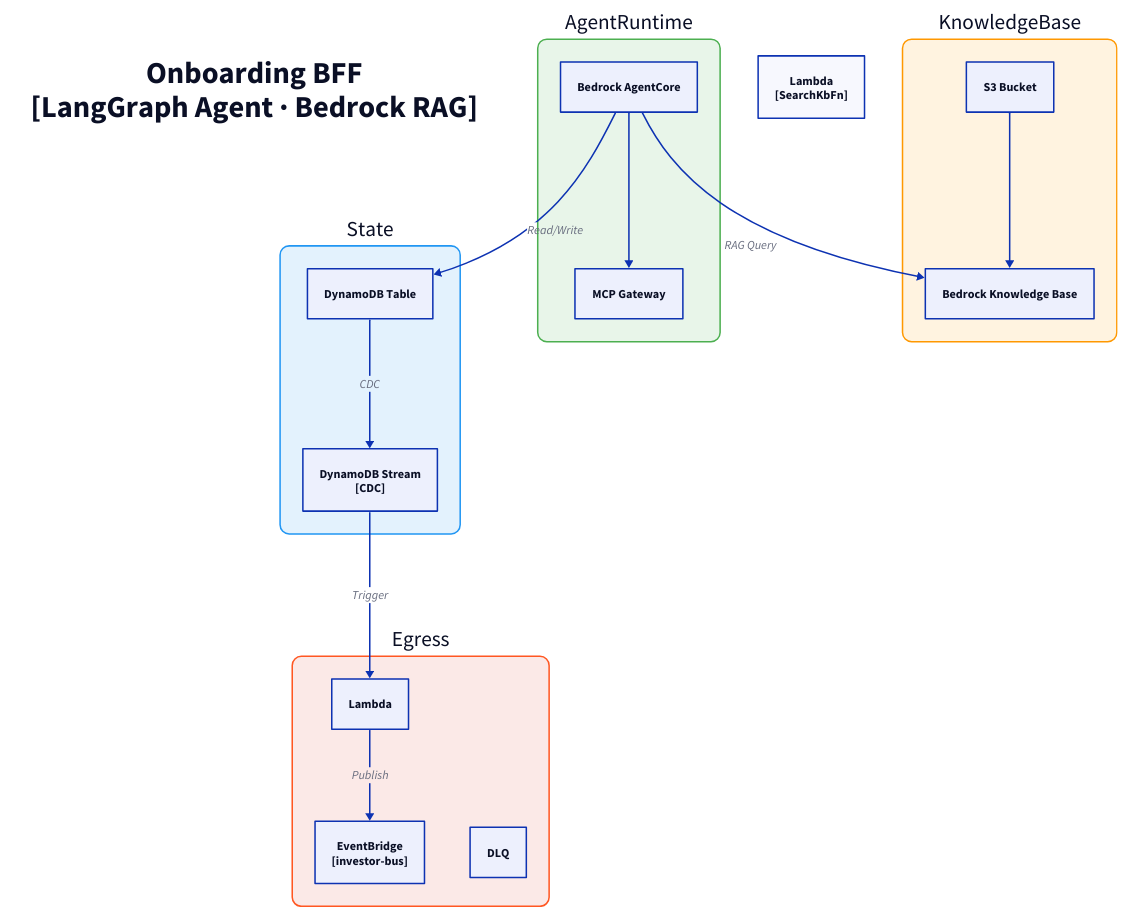
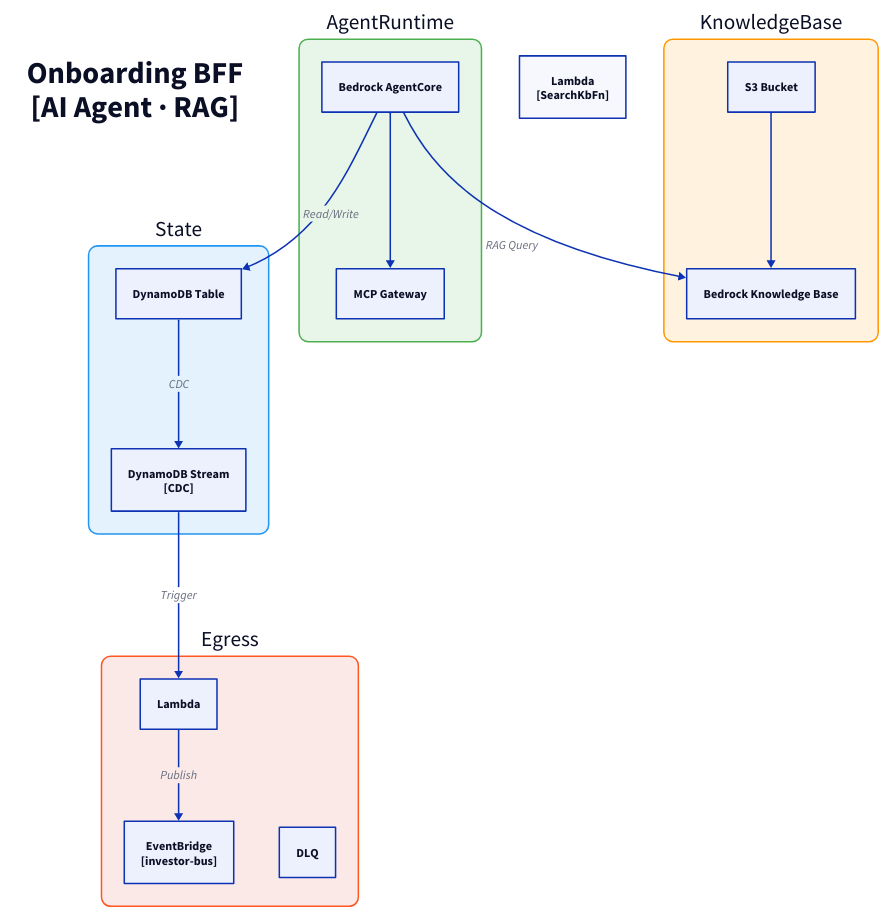
The diagram in docs/architecture/c3/onboarding-bff.d2 (fabio-vitali/nestfolio), drawn with D2 before and after one commit. The commit also changed 32 other files, not shown here.

Commit message:
fix: c4 diagram fixes

```diff
--- a/docs/architecture/c3/onboarding-bff.d2
+++ b/docs/architecture/c3/onboarding-bff.d2
@@ -1,42 +1,42 @@
 direction: down
 
-title: "Onboarding BFF\n[LangGraph Agent · Bedrock RAG]" {
+title: "Onboarding BFF\n[AI Agent · RAG]" {
   style: { font-size: 40; bold: true; fill: transparent; stroke: transparent }
 }
 
 state: "State" {
   style: { fill: "#E3F2FD"; stroke: "#2196F3"; border-radius: 12; font-size: 28 }
   table: "DynamoDB Table" { class: aws-dynamodb }
   stream: "DynamoDB Stream\n[CDC]" { class: aws-ddb-stream }
   table -> stream: CDC
 }
 
 egress: "Egress" {
   style: { fill: "#FBE9E7"; stroke: "#FF5722"; border-radius: 12; font-size: 28 }
   processor: "Lambda" { class: aws-lambda }
   bus: "EventBridge\n[investor-bus]" { class: aws-eventbridge }
   dlq: "DLQ" { class: aws-dlq }
 
   processor -> bus: Publish
 }
 
 agent-runtime: "AgentRuntime" {
   style: { fill: "#E8F5E9"; stroke: "#4CAF50"; border-radius: 12; font-size: 28 }
   runtime: "Bedrock AgentCore" { class: aws-bedrock }
   gateway: "MCP Gateway" { class: aws-lambda }
   runtime -> gateway
 }
 
 knowledge-base: "KnowledgeBase" {
   style: { fill: "#FFF3E0"; stroke: "#FF9800"; border-radius: 12; font-size: 28 }
   kb: "Bedrock Knowledge Base" { class: aws-bedrock }
   s3: "S3 Bucket" { class: aws-s3 }
   s3 -> kb
 }
 
 search-kb-fn: "Lambda\n[SearchKbFn]" { class: aws-lambda }
 
 # Flows
 state.stream -> egress.processor: Trigger
 agent-runtime.runtime -> knowledge-base.kb: RAG Query
 agent-runtime.runtime -> state.table: Read/Write
```
